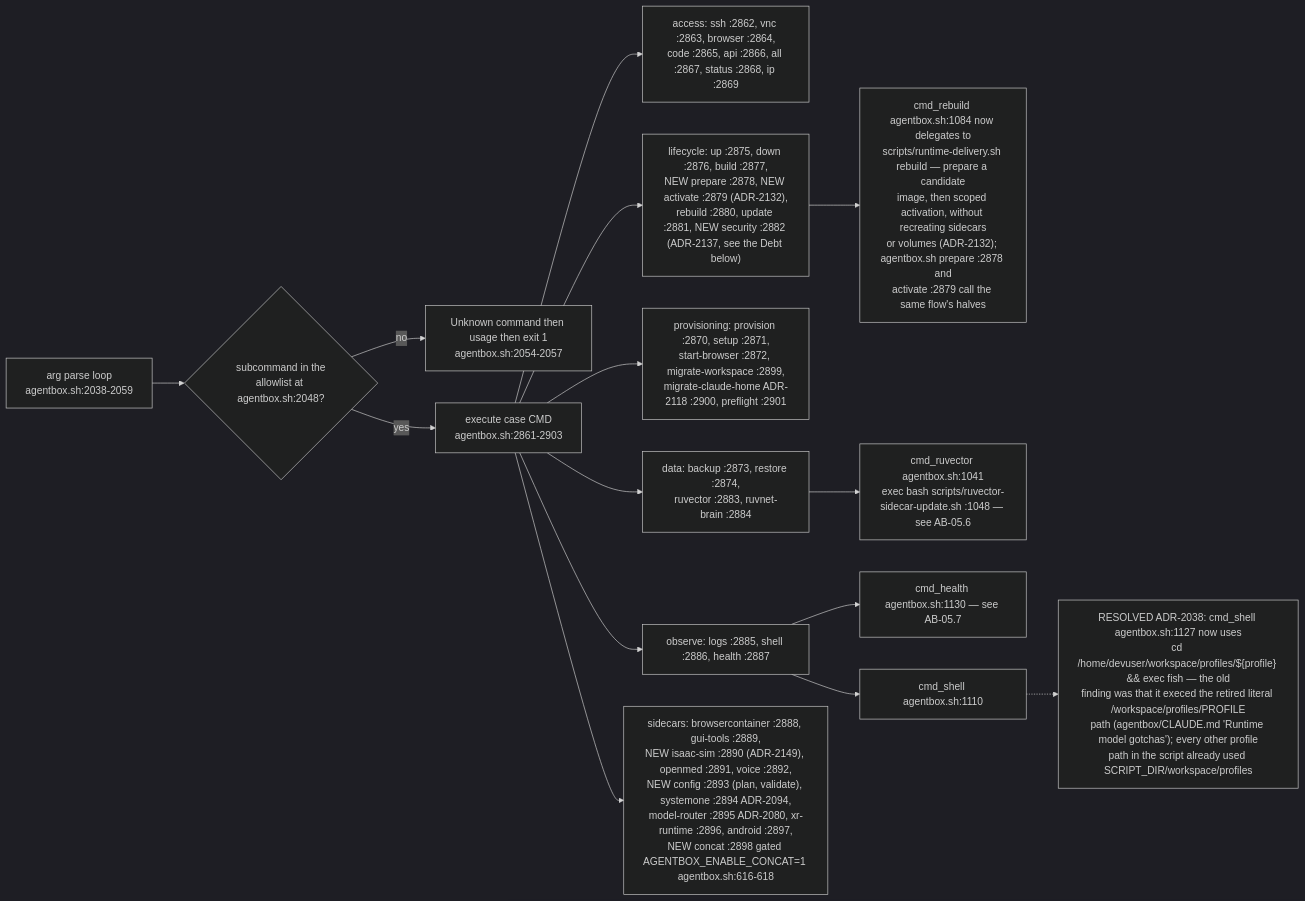
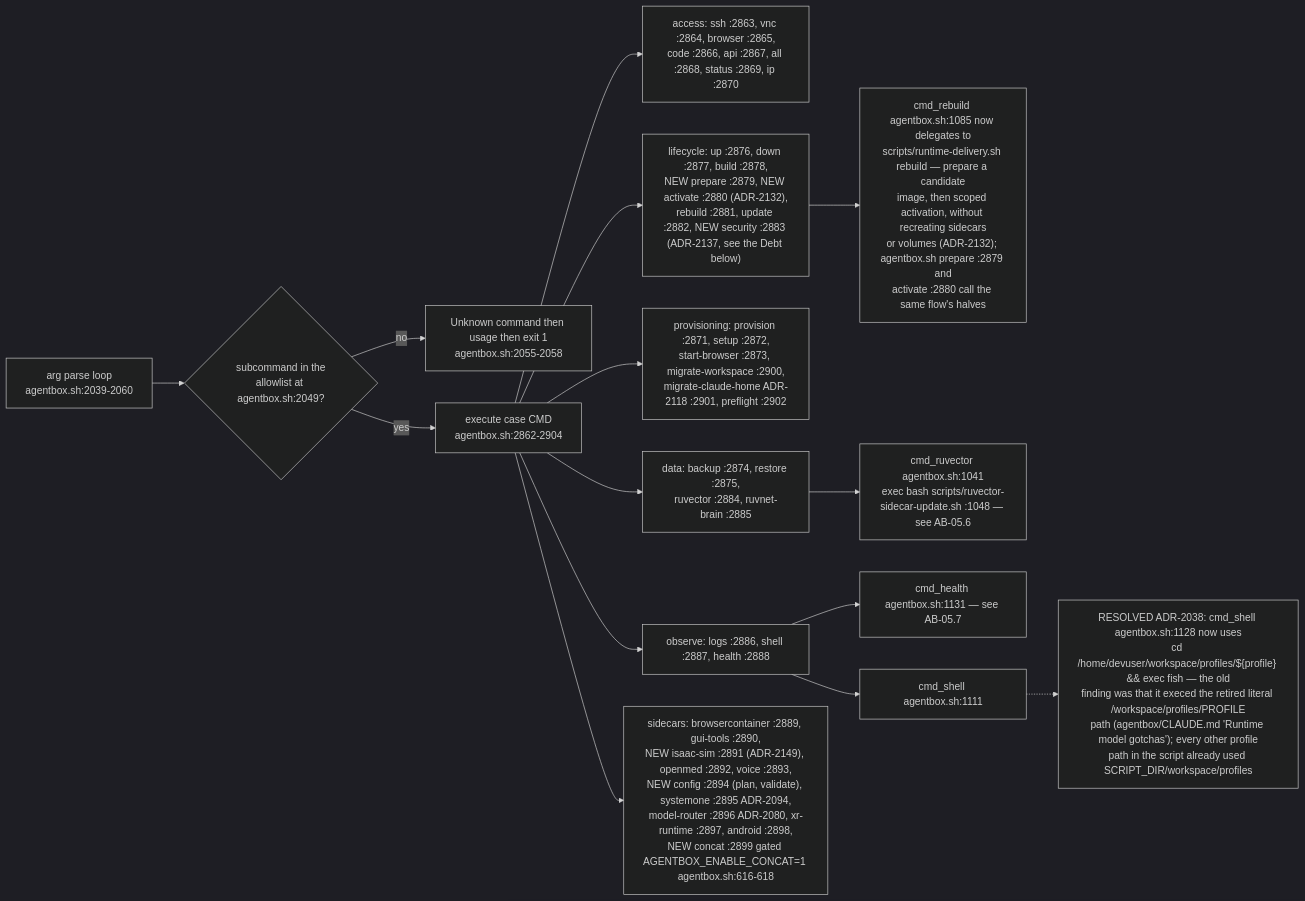
The fifth of 16 diagrams in docs/diagrams/agentbox/05-manifest-gates-and-cli.md (DreamLab-AI/VisionFlow), drawn with Mermaid (dark theme) before and after one commit. The commit also changed other lines of this file and 173 other files, not shown here.

````diff
--- a/docs/diagrams/agentbox/05-manifest-gates-and-cli.md
+++ b/docs/diagrams/agentbox/05-manifest-gates-and-cli.md
@@ -169,17 +171,17 @@
 ```mermaid
 flowchart LR
-    ARG["arg parse loop<br/>agentbox.sh:2038-2059"] --> AL{"subcommand in the<br/>allowlist at agentbox.sh:2048?"}
-    AL -->|no| ERR["Unknown command then usage then exit 1<br/>agentbox.sh:2054-2057"]
-    AL -->|yes| CASE["execute case CMD<br/>agentbox.sh:2861-2903"]
-    CASE --> G1["access: ssh :2862, vnc :2863, browser :2864,<br/>code :2865, api :2866, all :2867, status :2868, ip :2869"]
-    CASE --> G2["lifecycle: up :2875, down :2876, build :2877,<br/>NEW prepare :2878, NEW activate :2879 (ADR-2132),<br/>rebuild :2880, update :2881, NEW security :2882 (ADR-2137, see the Debt below)"]
-    CASE --> G3["provisioning: provision :2870, setup :2871,<br/>start-browser :2872, migrate-workspace :2899,<br/>migrate-claude-home ADR-2118 :2900, preflight :2901"]
-    CASE --> G4["data: backup :2873, restore :2874,<br/>ruvector :2883, ruvnet-brain :2884"]
-    CASE --> G5["observe: logs :2885, shell :2886, health :2887"]
-    CASE --> G6["sidecars: browsercontainer :2888, gui-tools :2889,<br/>NEW isaac-sim :2890 (ADR-2149), openmed :2891, voice :2892,<br/>NEW config :2893 (plan, validate), systemone :2894 ADR-2094,<br/>model-router :2895 ADR-2080, xr-runtime :2896, android :2897,<br/>NEW concat :2898 gated AGENTBOX_ENABLE_CONCAT=1 agentbox.sh:616-618"]
-    G2 --> RB["cmd_rebuild agentbox.sh:1084 now delegates to<br/>scripts/runtime-delivery.sh rebuild — prepare a candidate<br/>image, then scoped activation, without recreating sidecars<br/>or volumes (ADR-2132); agentbox.sh prepare :2878 and<br/>activate :2879 call the same flow's halves"]
+    ARG["arg parse loop<br/>agentbox.sh:2039-2060"] --> AL{"subcommand in the<br/>allowlist at agentbox.sh:2049?"}
+    AL -->|no| ERR["Unknown command then usage then exit 1<br/>agentbox.sh:2055-2058"]
+    AL -->|yes| CASE["execute case CMD<br/>agentbox.sh:2862-2904"]
+    CASE --> G1["access: ssh :2863, vnc :2864, browser :2865,<br/>code :2866, api :2867, all :2868, status :2869, ip :2870"]
+    CASE --> G2["lifecycle: up :2876, down :2877, build :2878,<br/>NEW prepare :2879, NEW activate :2880 (ADR-2132),<br/>rebuild :2881, update :2882, NEW security :2883 (ADR-2137, see the Debt below)"]
+    CASE --> G3["provisioning: provision :2871, setup :2872,<br/>start-browser :2873, migrate-workspace :2900,<br/>migrate-claude-home ADR-2118 :2901, preflight :2902"]
+    CASE --> G4["data: backup :2874, restore :2875,<br/>ruvector :2884, ruvnet-brain :2885"]
+    CASE --> G5["observe: logs :2886, shell :2887, health :2888"]
+    CASE --> G6["sidecars: browsercontainer :2889, gui-tools :2890,<br/>NEW isaac-sim :2891 (ADR-2149), openmed :2892, voice :2893,<br/>NEW config :2894 (plan, validate), systemone :2895 ADR-2094,<br/>model-router :2896 ADR-2080, xr-runtime :2897, android :2898,<br/>NEW concat :2899 gated AGENTBOX_ENABLE_CONCAT=1 agentbox.sh:616-618"]
+    G2 --> RB["cmd_rebuild agentbox.sh:1085 now delegates to<br/>scripts/runtime-delivery.sh rebuild — prepare a candidate<br/>image, then scoped activation, without recreating sidecars<br/>or volumes (ADR-2132); agentbox.sh prepare :2879 and<br/>activate :2880 call the same flow's halves"]
     G4 --> RV["cmd_ruvector agentbox.sh:1041<br/>exec bash scripts/ruvector-sidecar-update.sh :1048 — see AB-05.6"]
-    G5 --> HL["cmd_health agentbox.sh:1130 — see AB-05.7"]
-    G5 --> SH["cmd_shell agentbox.sh:1110"]
-    SH -.-> RES1["RESOLVED ADR-2038: cmd_shell agentbox.sh:1127 now uses<br/>cd /home/devuser/workspace/profiles/${profile} && exec fish — the old<br/>finding was that it execed the retired literal /workspace/profiles/PROFILE<br/>path (agentbox/CLAUDE.md 'Runtime model gotchas'); every other profile<br/>path in the script already used SCRIPT_DIR/workspace/profiles"]
+    G5 --> HL["cmd_health agentbox.sh:1131 — see AB-05.7"]
+    G5 --> SH["cmd_shell agentbox.sh:1111"]
+    SH -.-> RES1["RESOLVED ADR-2038: cmd_shell agentbox.sh:1128 now uses<br/>cd /home/devuser/workspace/profiles/${profile} && exec fish — the old<br/>finding was that it execed the retired literal /workspace/profiles/PROFILE<br/>path (agentbox/CLAUDE.md 'Runtime model gotchas'); every other profile<br/>path in the script already used SCRIPT_DIR/workspace/profiles"]
 ```
````
